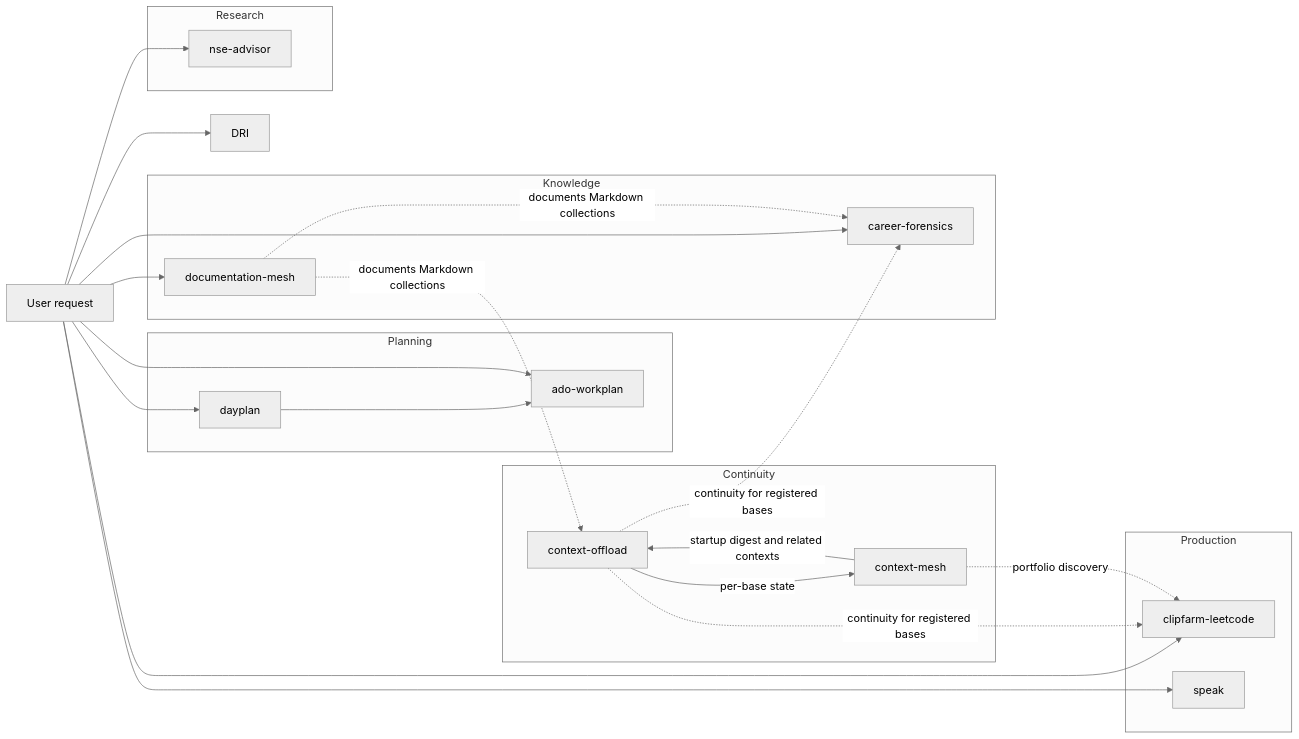
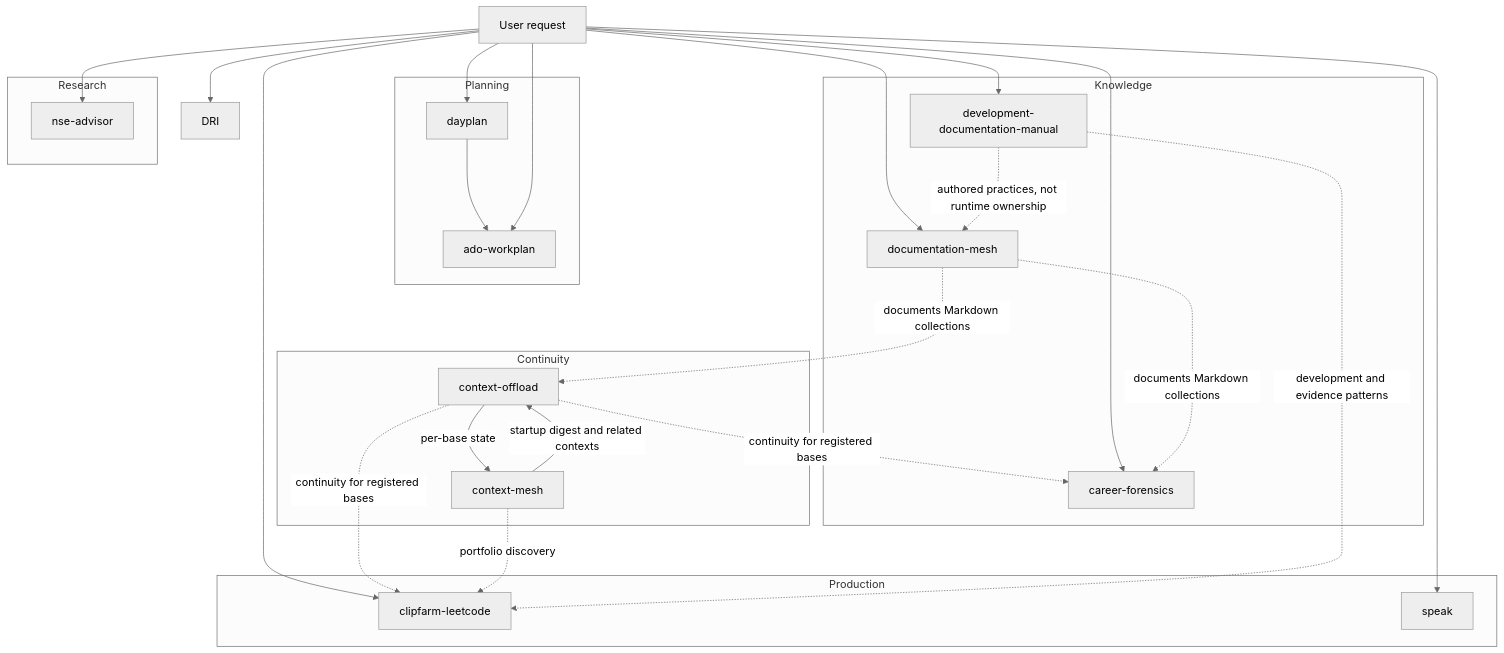
Before and after one commit to Zanark/skill-library: the diagram in docs/SKILL-RELATIONSHIPS.md, drawn with Mermaid (neutral theme). The commit also changed other lines of this file and 30 other files, not shown here.

````diff
--- a/docs/SKILL-RELATIONSHIPS.md
+++ b/docs/SKILL-RELATIONSHIPS.md
@@ -5,46 +5,50 @@
 ```mermaid
-flowchart LR
+flowchart TD
     User[User request]
 
     subgraph Planning
         ADO[ado-workplan]
         DAY[dayplan]
         DAY --> ADO
     end
 
     subgraph Continuity
         OFF[context-offload]
         MESH[context-mesh]
         OFF -->|per-base state| MESH
         MESH -->|startup digest and related contexts| OFF
     end
 
     subgraph Knowledge
         CAREER[career-forensics]
         DOCS[documentation-mesh]
+        MANUAL[development-documentation-manual]
     end
 
     subgraph Production
         CLIP[clipfarm-leetcode]
         SPEAK[speak]
     end
 
     subgraph Research
         NSE[nse-advisor]
     end
 
     User --> ADO
     User --> DRI
     User --> DAY
     User --> CAREER
     User --> CLIP
     User --> SPEAK
     User --> DOCS
+    User --> MANUAL
     User --> NSE
 
     OFF -. continuity for registered bases .-> CLIP
     MESH -. portfolio discovery .-> CLIP
     OFF -. continuity for registered bases .-> CAREER
     DOCS -. documents Markdown collections .-> OFF
     DOCS -. documents Markdown collections .-> CAREER
+    MANUAL -. authored practices, not runtime ownership .-> DOCS
+    MANUAL -. development and evidence patterns .-> CLIP
 ```
````
